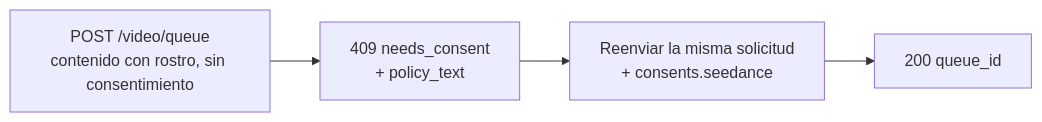
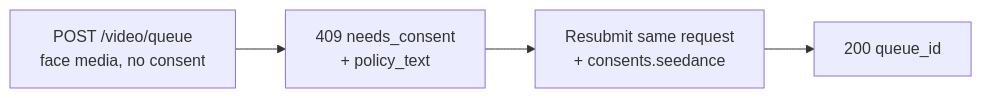
The diagram in es/guides/media/seedance-face-consent.mdx (veniceai/api-docs), drawn with Mermaid before and after one commit. The commit also changed other lines of this file and 15 other files, not shown here.

````diff
--- a/es/guides/media/seedance-face-consent.mdx
+++ b/es/guides/media/seedance-face-consent.mdx
@@ -29,6 +29,6 @@
 ```mermaid
 flowchart LR
-  A[POST /video/queue<br/>contenido con rostro, sin consentimiento] --> B[409 needs_consent<br/>+ policy_text]
-  B --> C[Reenviar la misma solicitud<br/>+ consents.seedance]
+  A[POST /video/queue<br/>face media, no consent] --> B[409 needs_consent<br/>+ policy_text]
+  B --> C[Resubmit same request<br/>+ consents.seedance]
   C --> D[200 queue_id]
 ```
````
